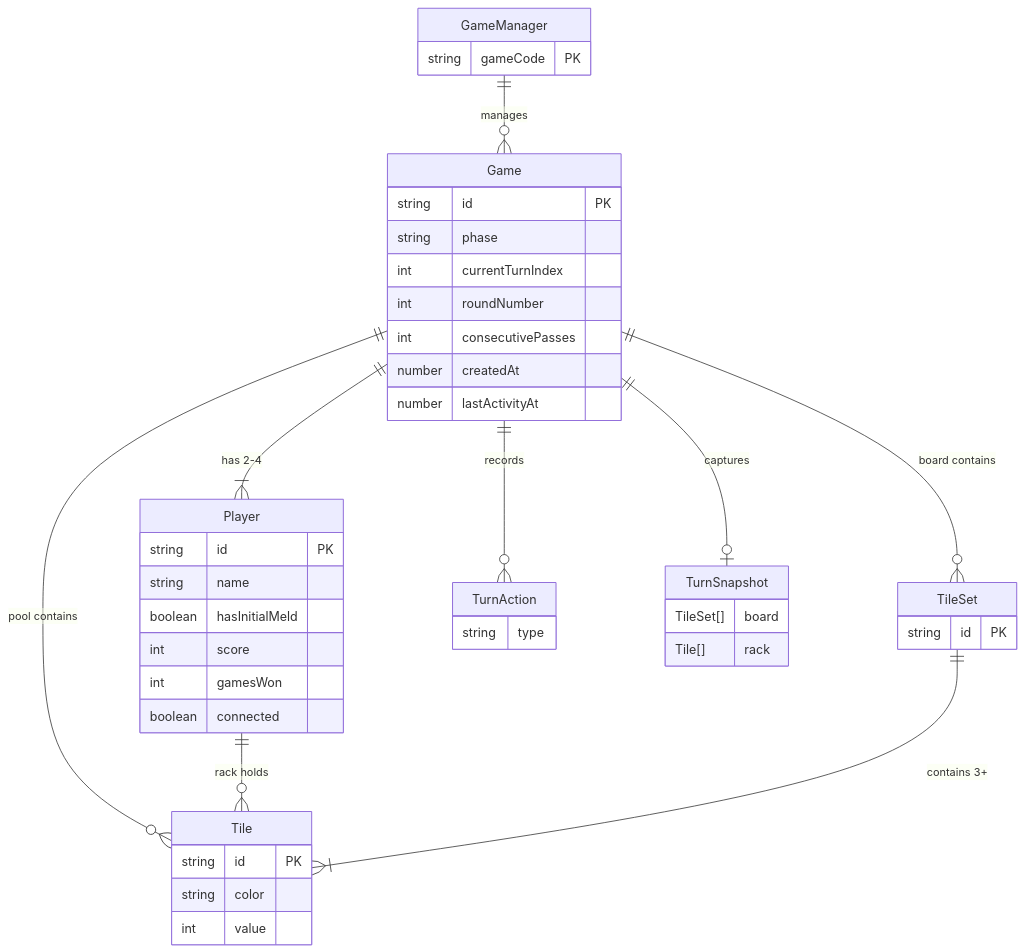
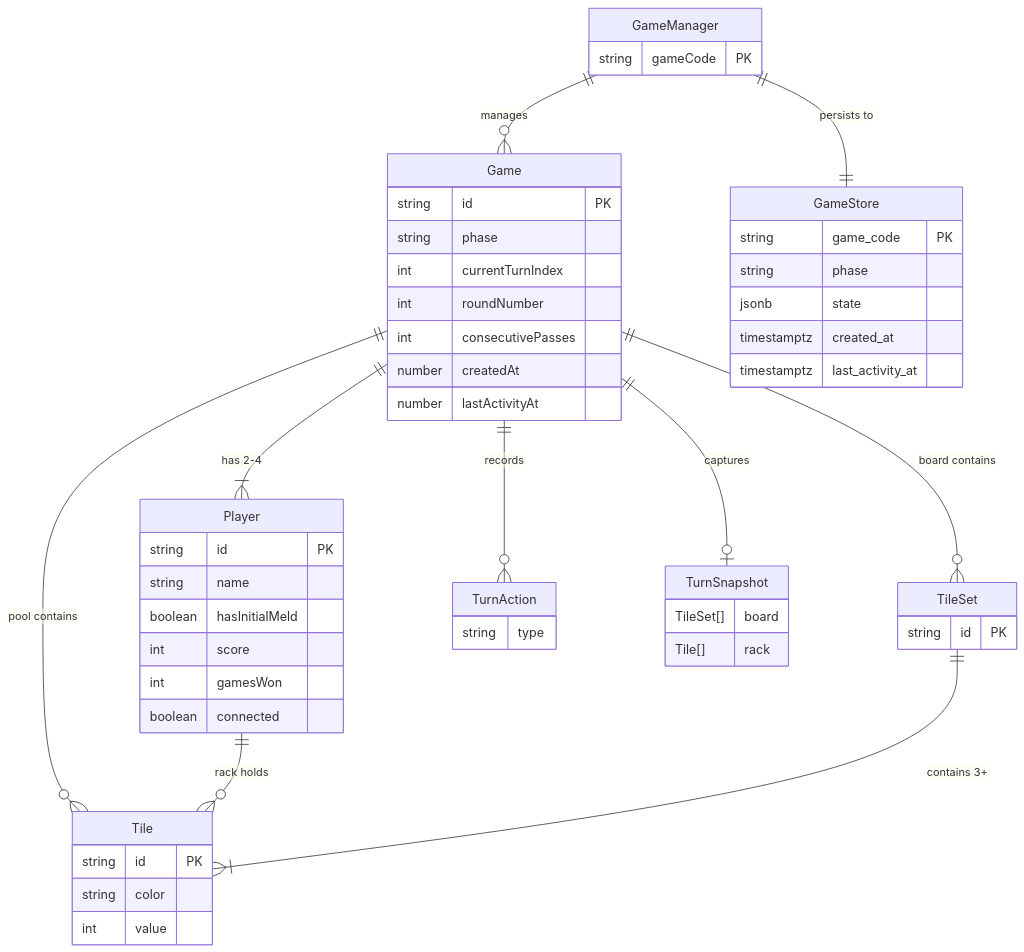
The diagram in docs/entities.md (warslett/rummikub), drawn with Mermaid before and after one commit. The commit also changed other lines of this file and 34 other files, not shown here.

````diff
--- a/docs/entities.md
+++ b/docs/entities.md
@@ -41,53 +43,62 @@
 ```mermaid
 erDiagram
     GameManager ||--o{ Game : "manages"
+    GameManager ||--|| GameStore : "persists to"
     Game ||--|{ Player : "has 2-4"
     Game ||--o{ TileSet : "board contains"
     Game ||--o{ Tile : "pool contains"
     Game ||--o{ TurnAction : "records"
     Game ||--o| TurnSnapshot : "captures"
     Player ||--o{ Tile : "rack holds"
     TileSet ||--|{ Tile : "contains 3+"
 
     GameManager {
         string gameCode PK
+    }
+
+    GameStore {
+        string game_code PK
+        string phase
+        jsonb state
+        timestamptz created_at
+        timestamptz last_activity_at
     }
 
     Game {
         string id PK
         string phase
         int currentTurnIndex
         int roundNumber
         int consecutivePasses
         number createdAt
         number lastActivityAt
     }
 
     Player {
         string id PK
         string name
         boolean hasInitialMeld
         int score
         int gamesWon
         boolean connected
     }
 
     TileSet {
         string id PK
     }
 
     Tile {
         string id PK
         string color
         int value
     }
 
     TurnAction {
         string type
     }
 
     TurnSnapshot {
         TileSet[] board
         Tile[] rack
     }
 ```
````
